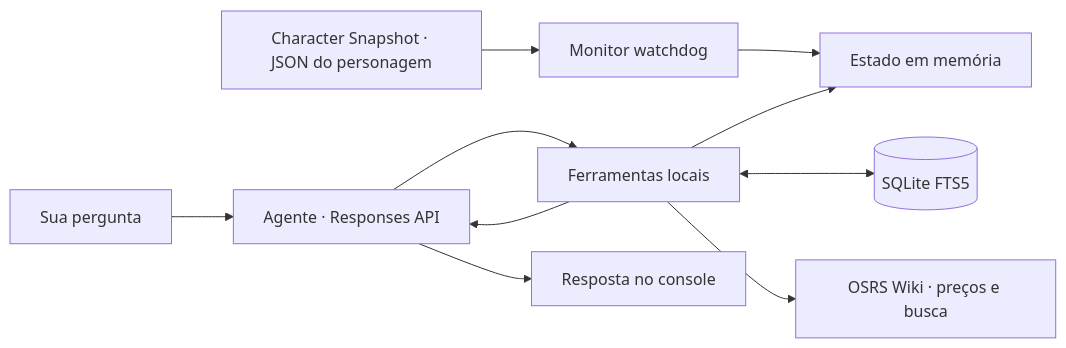
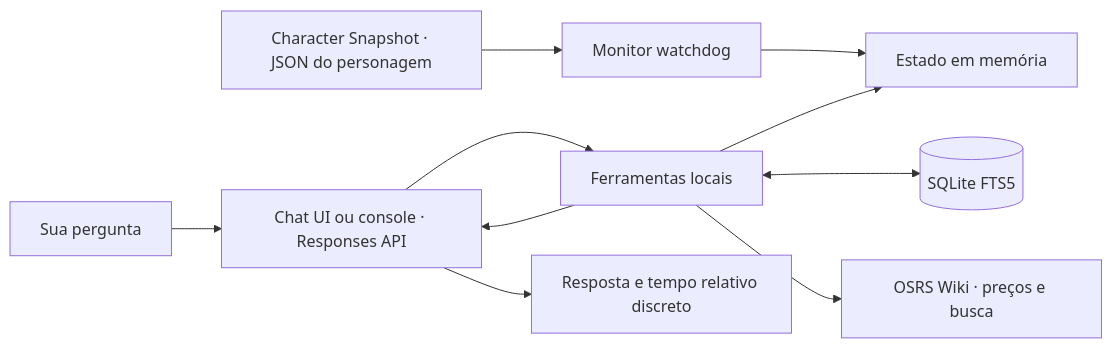
The diagram in README.pt-BR.md (mauricio-castano-dev/osrs-gpt-companion), drawn with Mermaid before and after one commit. The commit also changed other lines of this file and 17 other files, not shown here.

````diff
--- a/README.pt-BR.md
+++ b/README.pt-BR.md
@@ -110,12 +128,12 @@
 ```mermaid
 flowchart LR
     R[Character Snapshot · JSON do personagem] --> W[Monitor watchdog]
     W --> C[Estado em memória]
-    U[Sua pergunta] --> A[Agente · Responses API]
+    U[Sua pergunta] --> A[Chat UI ou console · Responses API]
     A --> T[Ferramentas locais]
     T --> C
     T <--> M[(SQLite FTS5)]
     T --> E[OSRS Wiki · preços e busca]
     T --> A
-    A --> F[Resposta no console]
+    A --> F[Resposta e tempo relativo discreto]
 ```
````
